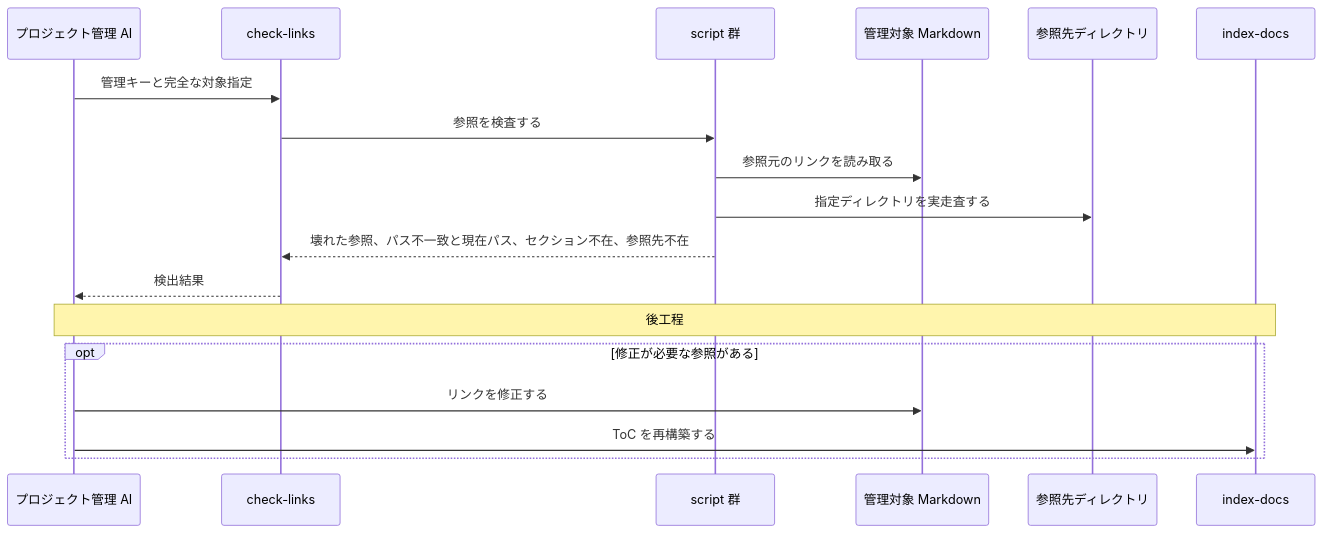
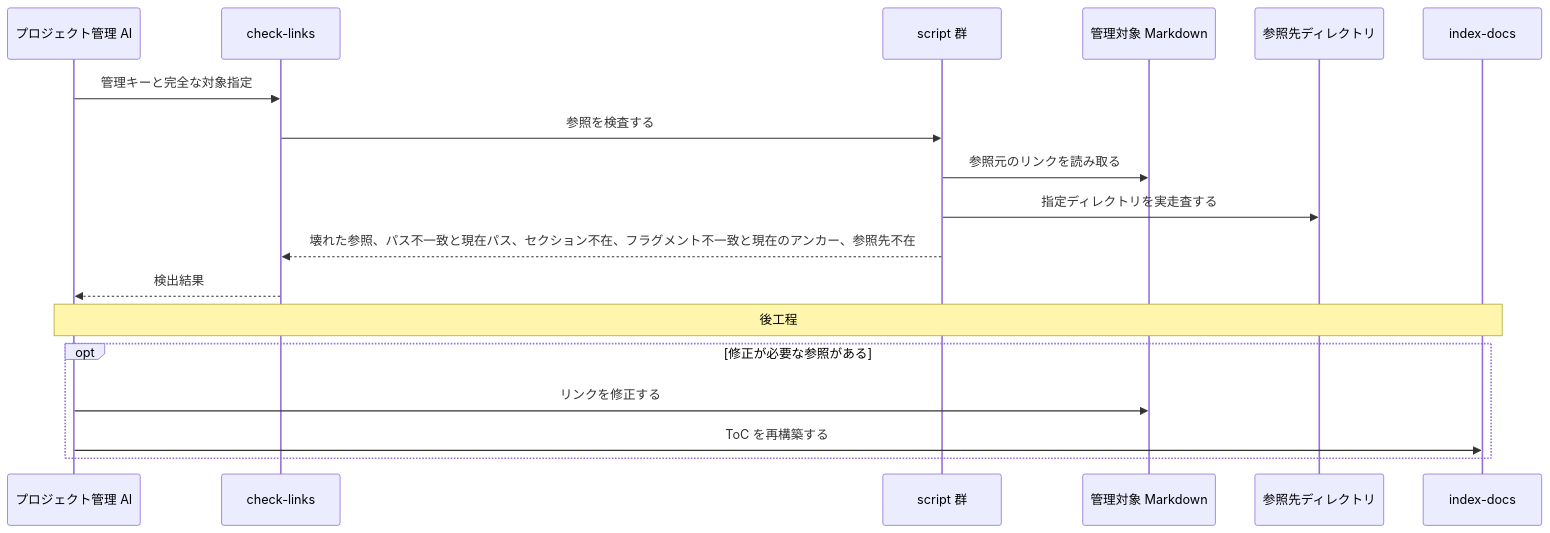
One commit to BlueEventHorizon/doc-link changed the sixth of 8 diagrams in docs/specs/design/DES-010-skill-composition.md. Above: the diagram before and after it, drawn with Mermaid. The commit also changed other lines of this file and 9 other files, not shown here.

````diff
--- a/docs/specs/design/DES-010-skill-composition.md
+++ b/docs/specs/design/DES-010-skill-composition.md
@@ -263,21 +263,21 @@
 ```mermaid
 sequenceDiagram
     participant PM as プロジェクト管理 AI
     participant Skill as check-links
     participant Scripts as script 群
     participant Docs as 管理対象 Markdown
     participant RefDirs as 参照先ディレクトリ
     participant Index as index-docs
 
     PM->>Skill: 管理キーと完全な対象指定
     Skill->>Scripts: 参照を検査する
     Scripts->>Docs: 参照元のリンクを読み取る
     Scripts->>RefDirs: 指定ディレクトリを実走査する
-    Scripts-->>Skill: 壊れた参照、パス不一致と現在パス、セクション不在、参照先不在
+    Scripts-->>Skill: 壊れた参照、パス不一致と現在パス、セクション不在、フラグメント不一致と現在のアンカー、参照先不在
     Skill-->>PM: 検出結果
     Note over PM,Index: 後工程
     opt 修正が必要な参照がある
         PM->>Docs: リンクを修正する
         PM->>Index: ToC を再構築する
     end
 ```
````
